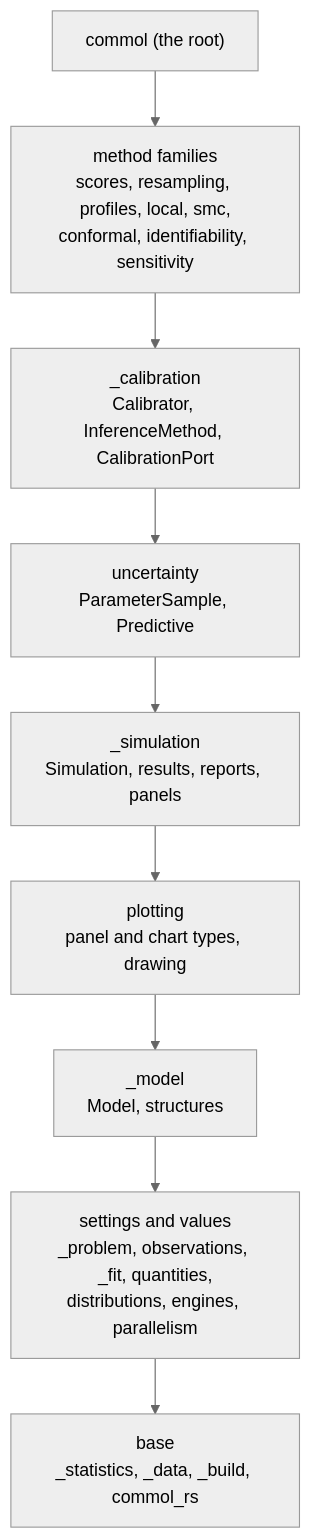
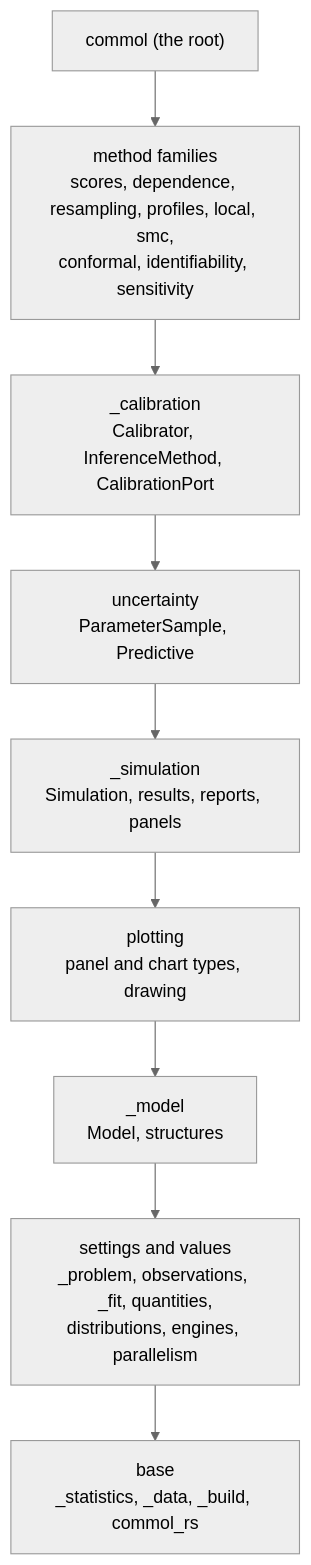
Before and after one commit to MUNQU/commol: the third of 4 diagrams in docs/codebase/architecture.md, drawn with Mermaid (neutral theme). The commit also changed other lines of this file and 56 other files, not shown here.

````diff
--- a/docs/codebase/architecture.md
+++ b/docs/codebase/architecture.md
@@ -98,13 +98,13 @@
 ```mermaid
 flowchart TB
     ROOT["commol (the root)"]
-    MET["method families<br/>scores, resampling, profiles, local, smc,<br/>conformal, identifiability, sensitivity"]
+    MET["method families<br/>scores, dependence, resampling, profiles, local, smc,<br/>conformal, identifiability, sensitivity"]
     CAL["_calibration<br/>Calibrator, InferenceMethod, CalibrationPort"]
     UNC["uncertainty<br/>ParameterSample, Predictive"]
     SIM["_simulation<br/>Simulation, results, reports, panels"]
     PLT["plotting<br/>panel and chart types, drawing"]
     MOD["_model<br/>Model, structures"]
     SET["settings and values<br/>_problem, observations, _fit, quantities,<br/>distributions, engines, parallelism"]
     BASE["base<br/>_statistics, _data, _build, commol_rs"]
     ROOT --> MET --> CAL --> UNC --> SIM --> PLT --> MOD --> SET --> BASE
 ```
````
